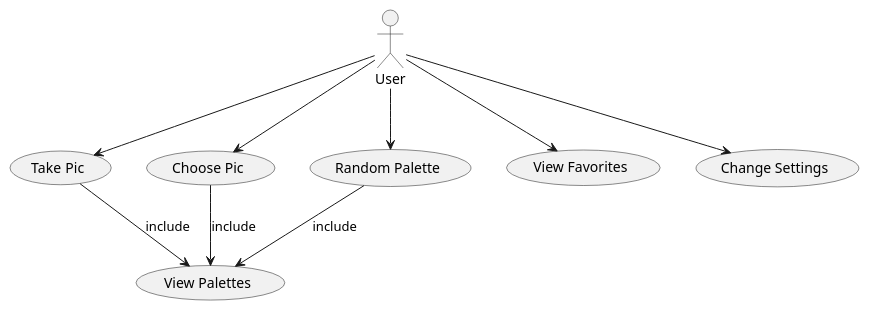
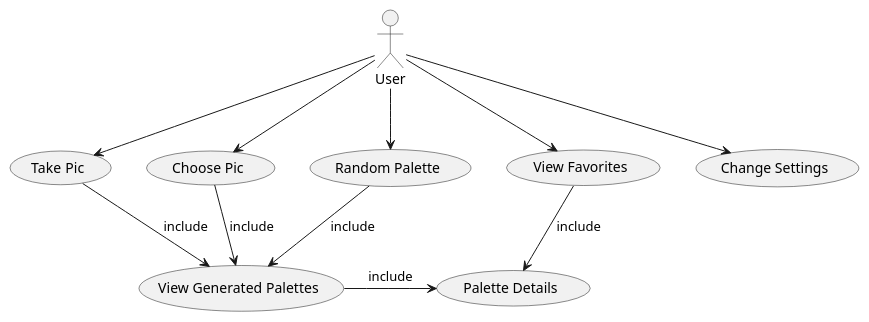
The diagram in app/UML/UseCaseDiagram.puml (zealousduck/PicYaPalette), drawn with PlantUML before and after one commit. The commit also changed 2 other files, not shown here.

```diff
--- a/app/UML/UseCaseDiagram.puml
+++ b/app/UML/UseCaseDiagram.puml
@@ -1,13 +1,15 @@
 @startuml
 
 User --> (Take Pic)
 User --> (Choose Pic)
 User --> (Random Palette)
 User --> (View Favorites)
 User --> (Change Settings)
 
-(Take Pic) --> (View Palettes) : include
-(Choose Pic) --> (View Palettes) : include
-(Random Palette) --> (View Palettes) : include
+(Take Pic) --> (View Generated Palettes) : include
+(Choose Pic) --> (View Generated Palettes) : include
+(Random Palette) --> (View Generated Palettes) : include
+(View Generated Palettes) -> (Palette Details) : include
+(View Favorites) --> (Palette Details) : include
 
 @enduml
```
